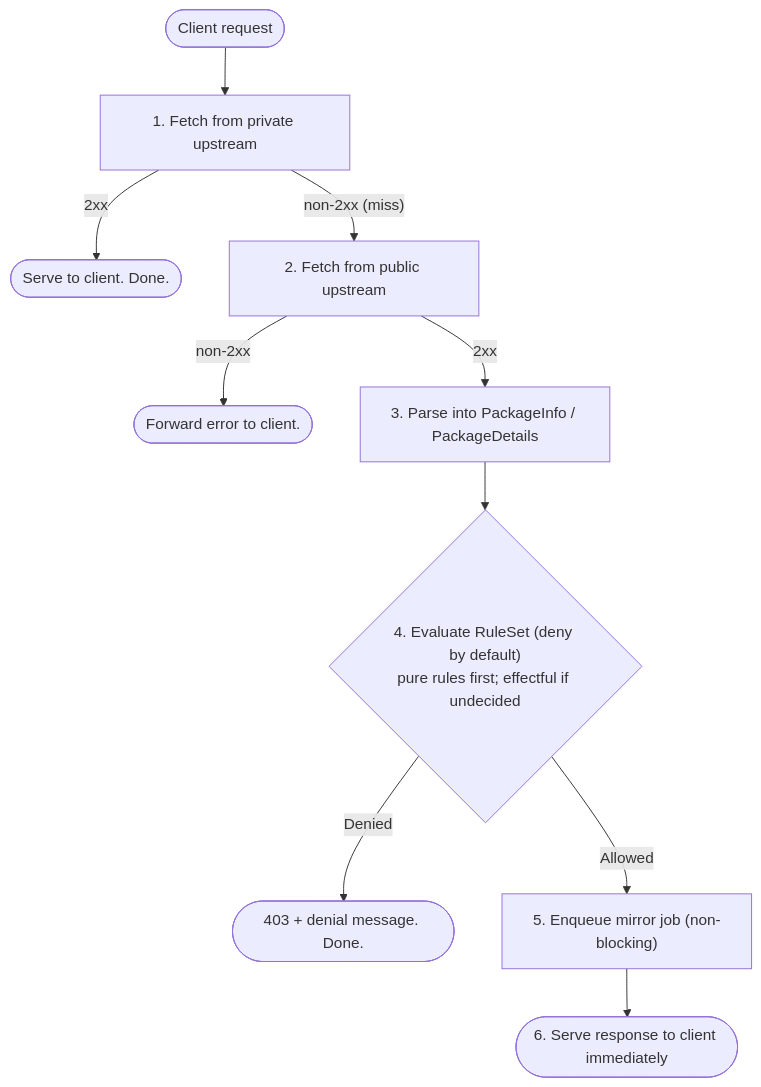
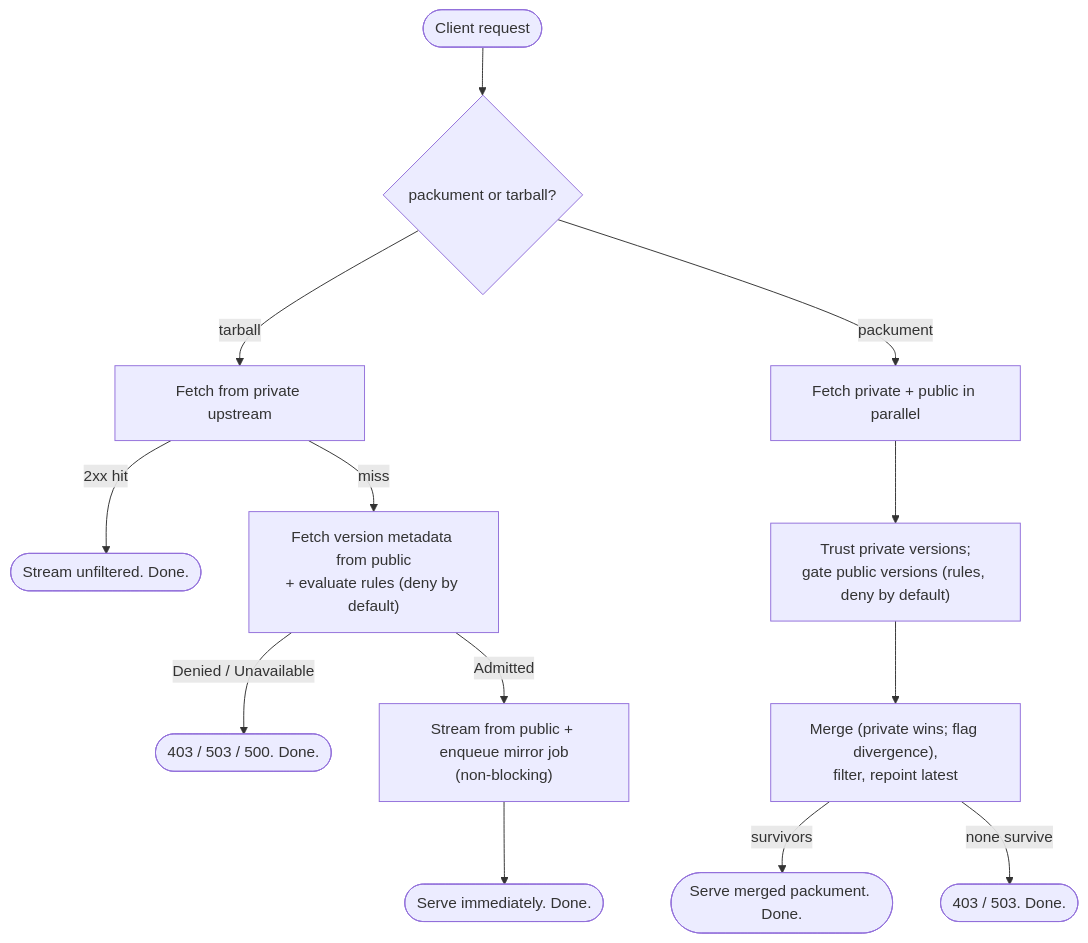
The diagram in docs/architecture.md (AlexaDeWit/Ecluse), drawn with Mermaid before and after one commit. The commit also changed other lines of this file and 14 other files, not shown here.

First line of the commit message:
docs(architecture): packument merge across upstreams + OpenAPI capability manifest (#23)

````diff
--- a/docs/architecture.md
+++ b/docs/architecture.md
@@ -30,12 +33,17 @@
 ```mermaid
 flowchart TD
-    C(["Client request"]) --> P1["1. Fetch from private upstream"]
-    P1 -->|"2xx"| SV(["Serve to client. Done."])
-    P1 -->|"non-2xx (miss)"| P2["2. Fetch from public upstream"]
-    P2 -->|"non-2xx"| ERR(["Forward error to client."])
-    P2 -->|"2xx"| P3["3. Parse into PackageInfo / PackageDetails"]
-    P3 --> P4{"4. Evaluate RuleSet (deny by default)<br/>pure rules first; effectful if undecided"}
-    P4 -->|"Denied"| D(["403 + denial message. Done."])
-    P4 -->|"Allowed"| P5["5. Enqueue mirror job (non-blocking)"]
-    P5 --> P6(["6. Serve response to client immediately"])
+    C(["Client request"]) --> K{"packument or tarball?"}
+
+    K -->|"tarball"| T1["Fetch from private upstream"]
+    T1 -->|"2xx hit"| TSV(["Stream unfiltered. Done."])
+    T1 -->|"miss"| T2["Fetch version metadata from public<br/>+ evaluate rules (deny by default)"]
+    T2 -->|"Denied / Unavailable"| TD(["403 / 503 / 500. Done."])
+    T2 -->|"Admitted"| T3["Stream from public + enqueue mirror job<br/>(non-blocking)"]
+    T3 --> TSV2(["Serve immediately. Done."])
+
+    K -->|"packument"| P1["Fetch private + public in parallel"]
+    P1 --> P2["Trust private versions;<br/>gate public versions (rules, deny by default)"]
+    P2 --> P3["Merge (private wins; flag divergence),<br/>filter, repoint latest"]
+    P3 -->|"survivors"| PSV(["Serve merged packument. Done."])
+    P3 -->|"none survive"| PD(["403 / 503. Done."])
 ```
````
